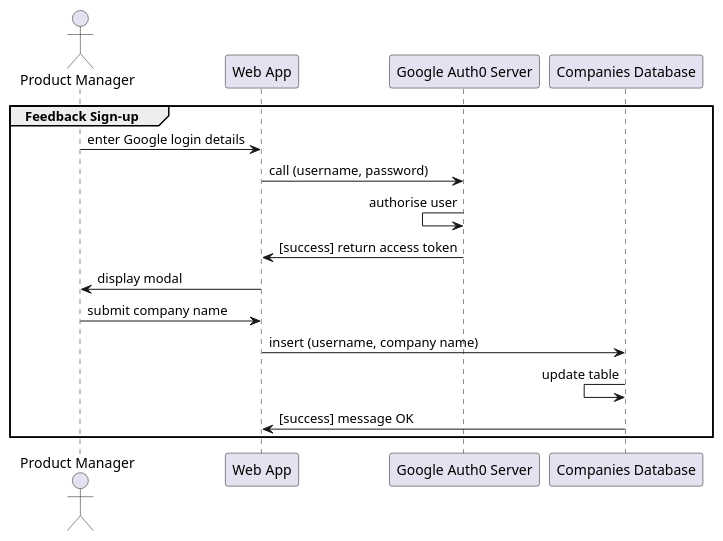
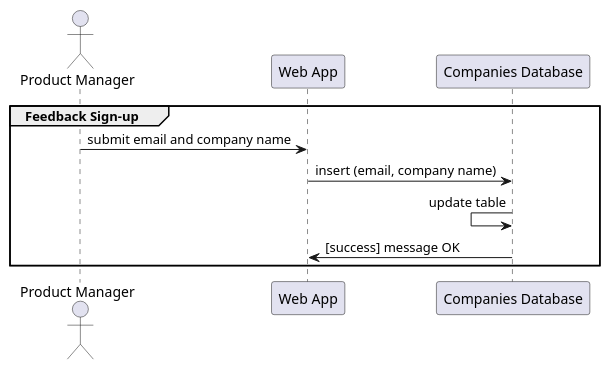
Before and after one commit to jennifer-platt/ECM2429-UML: the diagram in examples/sign-up.puml, drawn with PlantUML. The commit also changed 5 other files, not shown here.

Commit message:
Updated diagrams

```diff
--- a/examples/sign-up.puml
+++ b/examples/sign-up.puml
@@ -1,17 +1,12 @@
 @startuml sign-up
 
 Actor "Product Manager"
 
 group Feedback Sign-up
-"Product Manager" -> "Web App": enter Google login details
-"Web App" -> "Google Auth0 Server": call (username, password)
-"Google Auth0 Server" <- "Google Auth0 Server": authorise user
-"Web App" <- "Google Auth0 Server": [success] return access token
-"Product Manager" <- "Web App": display modal
-"Product Manager" -> "Web App": submit company name
-"Web App" -> "Companies Database": insert (username, company name)
+"Product Manager" -> "Web App": submit email and company name
+"Web App" -> "Companies Database": insert (email, company name)
 "Companies Database" <- "Companies Database": update table
 "Web App" <- "Companies Database": [success] message OK
 end
 
 @enduml
```
